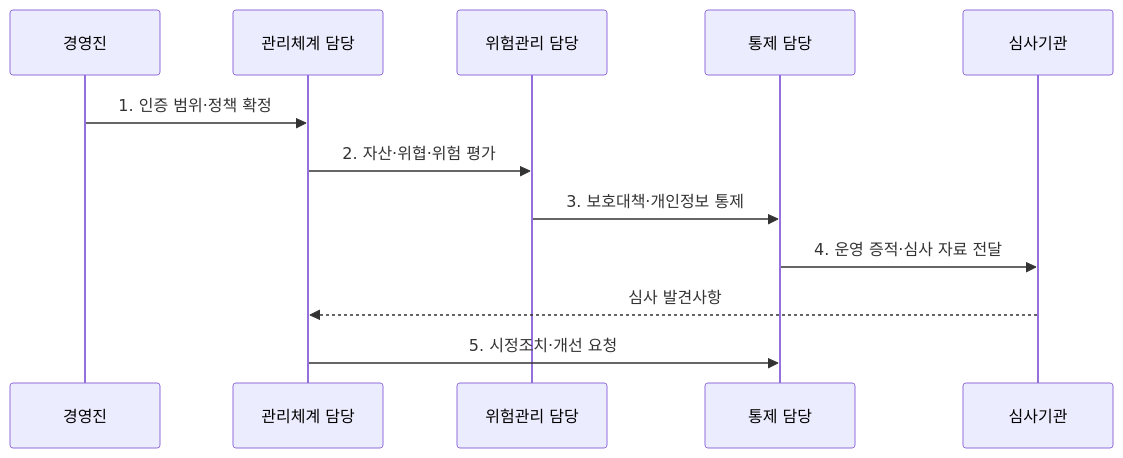
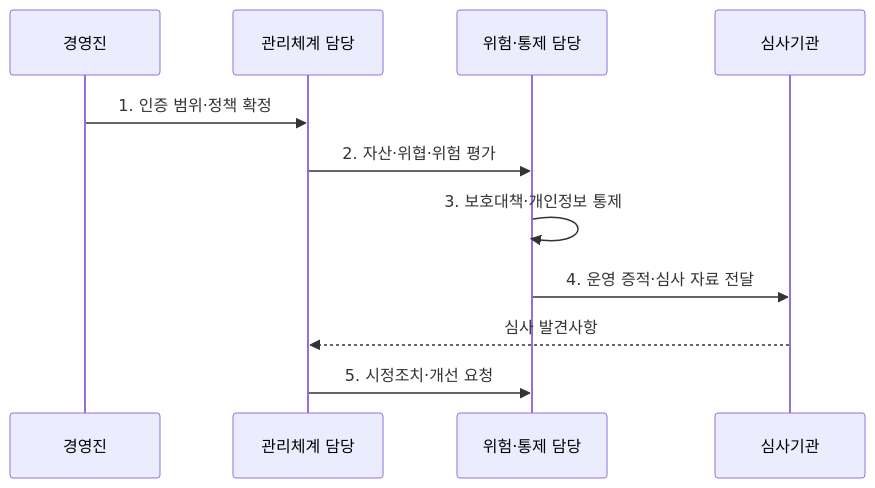
One commit to agnusdei1207/knowledge-base changed the second of 2 diagrams in src/content/docs/notes/05-security/103_isms_p.md. Above: the diagram before and after it, drawn with Mermaid. The commit also changed 9 other files, not shown here.

Commit message:
Streamline privacy governance sequences

````diff
--- a/src/content/docs/notes/05-security/103_isms_p.md
+++ b/src/content/docs/notes/05-security/103_isms_p.md
@@ -98,14 +98,13 @@
 ```mermaid
 sequenceDiagram
   participant O as 경영진
   participant M as 관리체계 담당
-  participant R as 위험관리 담당
-  participant C as 통제 담당
+  participant C as 위험·통제 담당
   participant A as 심사기관
   O->>M: 1. 인증 범위·정책 확정
-  M->>R: 2. 자산·위협·위험 평가
-  R->>C: 3. 보호대책·개인정보 통제
+  M->>C: 2. 자산·위협·위험 평가
+  C->>C: 3. 보호대책·개인정보 통제
   C->>A: 4. 운영 증적·심사 자료 전달
   A-->>M: 심사 발견사항
   M->>C: 5. 시정조치·개선 요청
 ```
````
